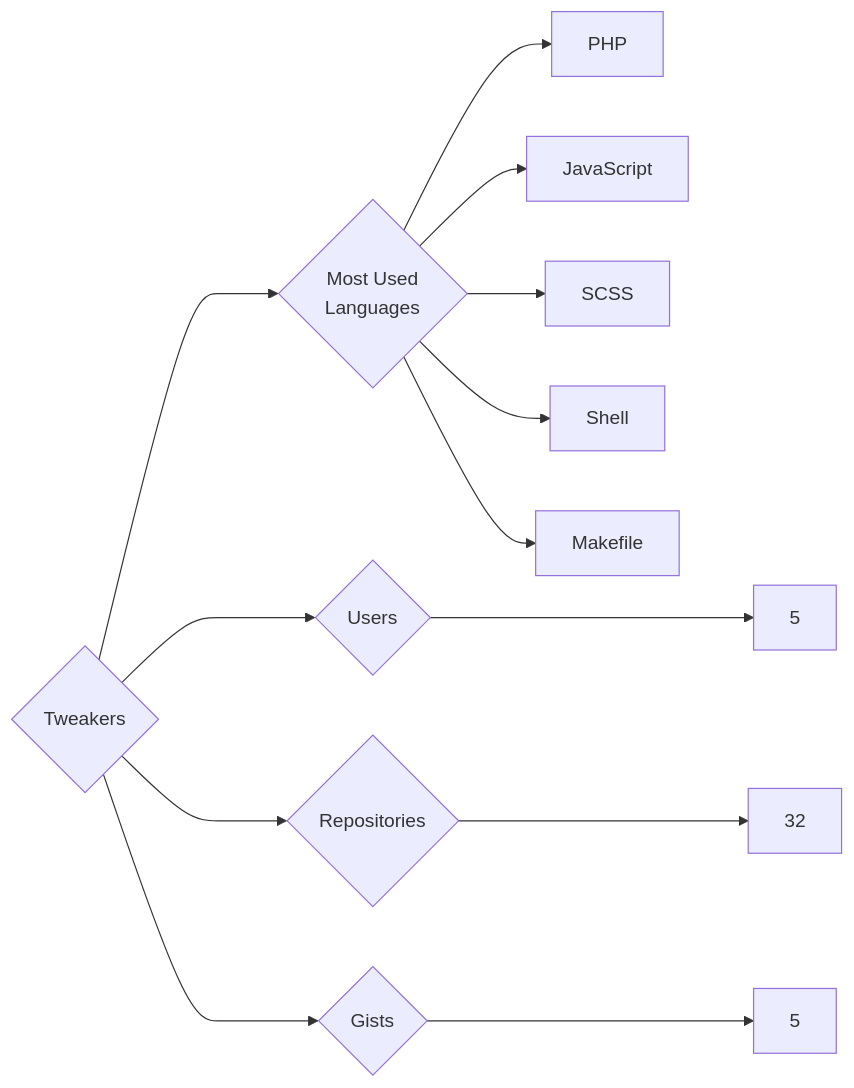
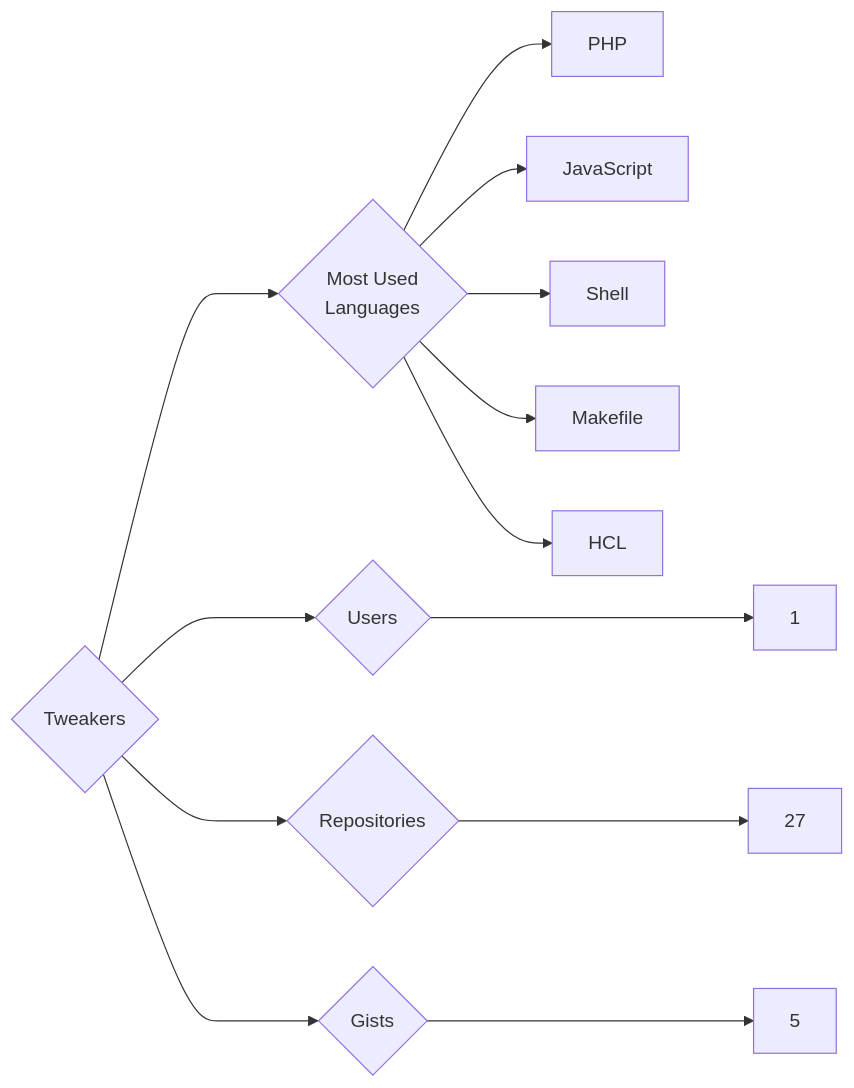
Before and after one commit to trickest/insiders: the diagram in targets/Tweakers/README.md, drawn with Mermaid. The commit also changed 870 other files, not shown here.

````diff
--- a/targets/Tweakers/README.md
+++ b/targets/Tweakers/README.md
@@ -3,13 +3,13 @@
 ```mermaid
 graph LR
 COMPANY_NAME{Tweakers}
-COMPANY_NAME ---> U{Users} ---> UN[5]
-COMPANY_NAME ---> R{Repositories} ---> RN[32]
+COMPANY_NAME ---> U{Users} ---> UN[1]
+COMPANY_NAME ---> R{Repositories} ---> RN[27]
 COMPANY_NAME ---> G{Gists} ---> GN[5]
 COMPANY_NAME ---> ML{Most Used<br>Languages}
 ML --> PHP[PHP]
 ML --> JavaScript[JavaScript]
-ML --> SCSS[SCSS]
 ML --> Shell[Shell]
 ML --> Makefile[Makefile]
+ML --> HCL[HCL]
 ```
````
